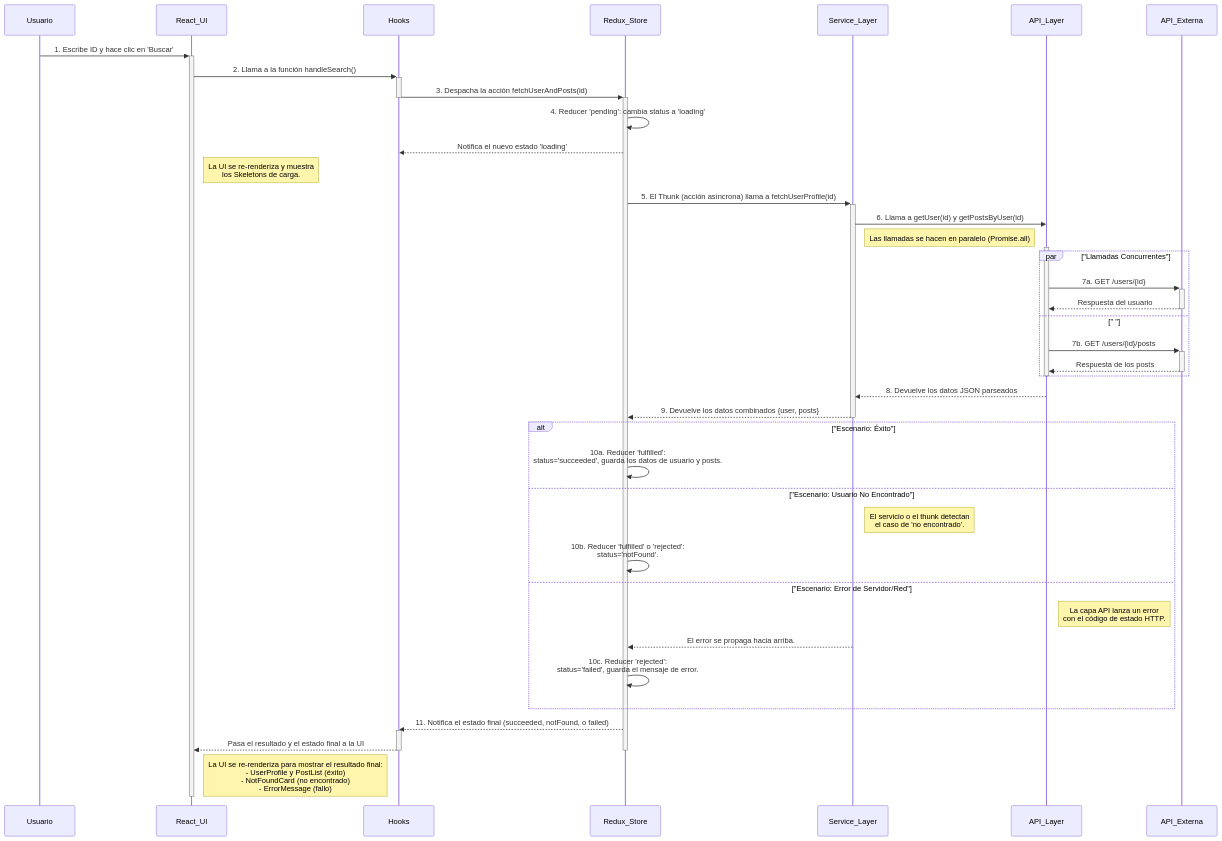
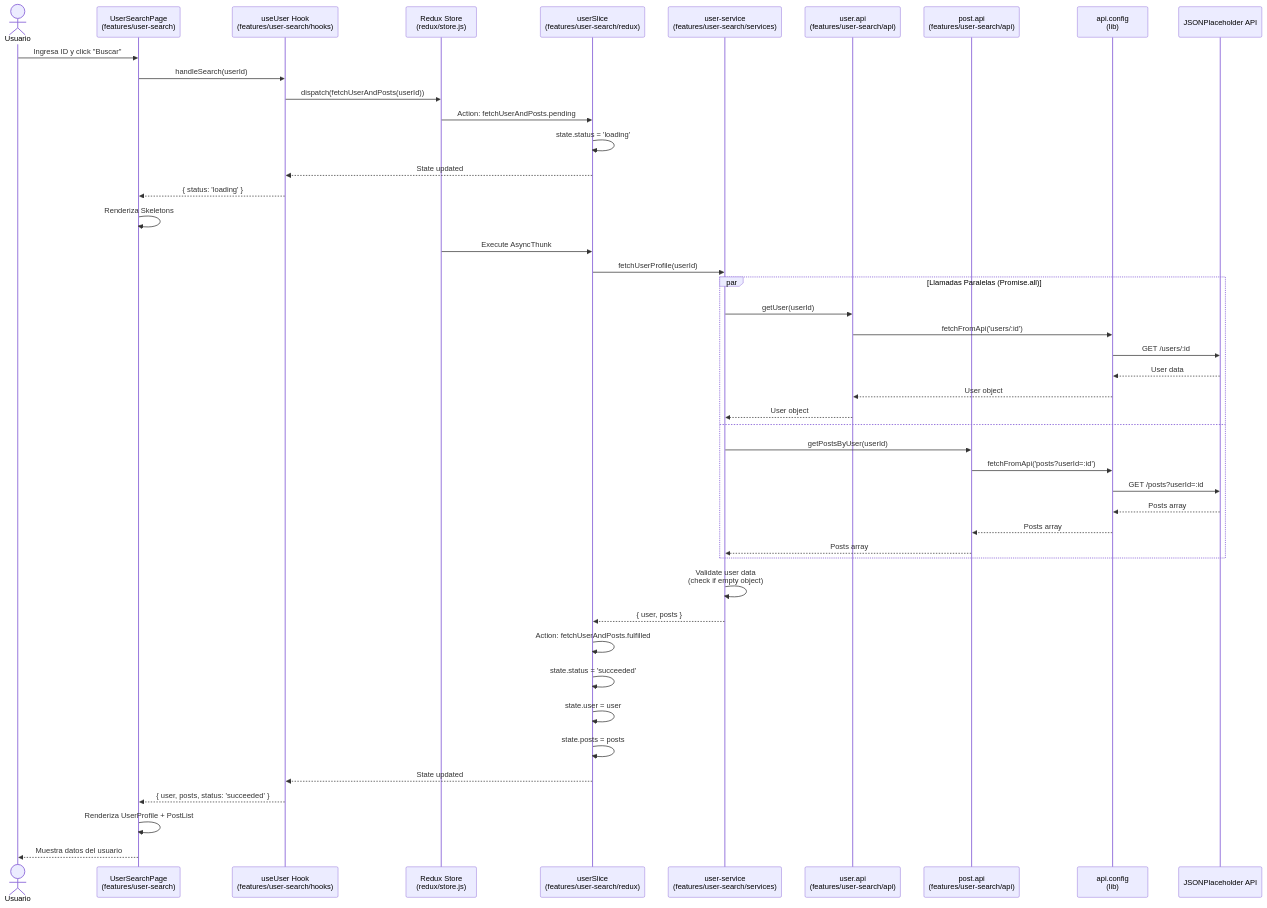
One commit to Slinkter/myprojectapi02 changed the first of 2 diagrams in src/docs/diagramasequence.md. Above: the diagram before and after it, drawn with Mermaid. The commit also changed other lines of this file and 11 other files, not shown here.

````diff
--- a/src/docs/diagramasequence.md
+++ b/src/docs/diagramasequence.md
@@ -7,67 +13,54 @@
 ```mermaid
 sequenceDiagram
-    participant Usuario
-    participant React_UI
-    participant Hooks
-    participant Redux_Store
-    participant Service_Layer
-    participant API_Layer
-    participant API_Externa
+    actor Usuario
+    participant UI as UserSearchPage<br/>(features/user-search)
+    participant Hook as useUser Hook<br/>(features/user-search/hooks)
+    participant Redux as Redux Store<br/>(redux/store.js)
+    participant Slice as userSlice<br/>(features/user-search/redux)
+    participant Service as user-service<br/>(features/user-search/services)
+    participant API_U as user.api<br/>(features/user-search/api)
+    participant API_P as post.api<br/>(features/user-search/api)
+    participant Config as api.config<br/>(lib)
+    participant External as JSONPlaceholder API
 
-    %% -- Inicio del Flujo de Búsqueda --
-
-    Usuario->>+React_UI: 1. Escribe ID y hace clic en 'Buscar'
-
-    React_UI->>+Hooks: 2. Llama a la función handleSearch()
-
-    Hooks->>+Redux_Store: 3. Despacha la acción fetchUserAndPosts(id)
-    deactivate Hooks
-
-    Redux_Store->>Redux_Store: 4. Reducer 'pending': cambia status a 'loading'
-    Redux_Store-->>Hooks: Notifica el nuevo estado 'loading'
-
-    note right of React_UI: La UI se re-renderiza y muestra<br/>los Skeletons de carga.
-
-    Redux_Store->>+Service_Layer: 5. El Thunk (acción asíncrona) llama a fetchUserProfile(id)
-
-    Service_Layer->>API_Layer: 6. Llama a getUser(id) y getPostsByUser(id)
-    note right of Service_Layer: Las llamadas se hacen en paralelo (Promise.all)
-
-    activate API_Layer
-    par "Llamadas Concurrentes"
-        API_Layer->>+API_Externa: 7a. GET /users/{id}
-        API_Externa-->>-API_Layer: Respuesta del usuario
-    and " "
-        API_Layer->>+API_Externa: 7b. GET /users/{id}/posts
-        API_Externa-->>-API_Layer: Respuesta de los posts
+    Usuario->>UI: Ingresa ID y click "Buscar"
+    UI->>Hook: handleSearch(userId)
+    Hook->>Redux: dispatch(fetchUserAndPosts(userId))
+    
+    Redux->>Slice: Action: fetchUserAndPosts.pending
+    Slice->>Slice: state.status = 'loading'
+    Slice-->>Hook: State updated
+    Hook-->>UI: { status: 'loading' }
+    UI->>UI: Renderiza Skeletons
+    
+    Redux->>Slice: Execute AsyncThunk
+    Slice->>Service: fetchUserProfile(userId)
+    
+    par Llamadas Paralelas (Promise.all)
+        Service->>API_U: getUser(userId)
+        API_U->>Config: fetchFromApi('users/:id')
+        Config->>External: GET /users/:id
+        External-->>Config: User data
+        Config-->>API_U: User object
+        API_U-->>Service: User object
+    and
+        Service->>API_P: getPostsByUser(userId)
+        API_P->>Config: fetchFromApi('posts?userId=:id')
+        Config->>External: GET /posts?userId=:id
+        External-->>Config: Posts array
+        Config-->>API_P: Posts array
+        API_P-->>Service: Posts array
     end
-    deactivate API_Layer
-
-    API_Layer-->>Service_Layer: 8. Devuelve los datos JSON parseados
-
-    Service_Layer-->>-Redux_Store: 9. Devuelve los datos combinados {user, posts}
-
-    alt "Escenario: Éxito"
-        Redux_Store->>Redux_Store: 10a. Reducer 'fulfilled':<br/>status='succeeded', guarda los datos de usuario y posts.
-
-    else "Escenario: Usuario No Encontrado"
-        note right of Service_Layer: El servicio o el thunk detectan<br/>el caso de 'no encontrado'.
-        Redux_Store->>Redux_Store: 10b. Reducer 'fulfilled' o 'rejected':<br/>status='notFound'.
-
-    else "Escenario: Error de Servidor/Red"
-        note right of API_Layer: La capa API lanza un error<br/>con el código de estado HTTP.
-        Service_Layer-->>Redux_Store: El error se propaga hacia arriba.
-        Redux_Store->>Redux_Store: 10c. Reducer 'rejected':<br/>status='failed', guarda el mensaje de error.
-    end
-
-    Redux_Store-->>Hooks: 11. Notifica el estado final (succeeded, notFound, o failed)
-    activate Hooks
-    Hooks-->>React_UI: Pasa el resultado y el estado final a la UI
-    deactivate Hooks
-    deactivate Redux_Store
-
-    note right of React_UI: La UI se re-renderiza para mostrar el resultado final:<br/>- UserProfile y PostList (éxito)<br/>- NotFoundCard (no encontrado)<br/>- ErrorMessage (fallo)
-
-    deactivate React_UI
-
+    
+    Service->>Service: Validate user data<br/>(check if empty object)
+    Service-->>Slice: { user, posts }
+    
+    Slice->>Slice: Action: fetchUserAndPosts.fulfilled
+    Slice->>Slice: state.status = 'succeeded'
+    Slice->>Slice: state.user = user
+    Slice->>Slice: state.posts = posts
+    Slice-->>Hook: State updated
+    Hook-->>UI: { user, posts, status: 'succeeded' }
+    UI->>UI: Renderiza UserProfile + PostList
+    UI-->>Usuario: Muestra datos del usuario
 ```
````
